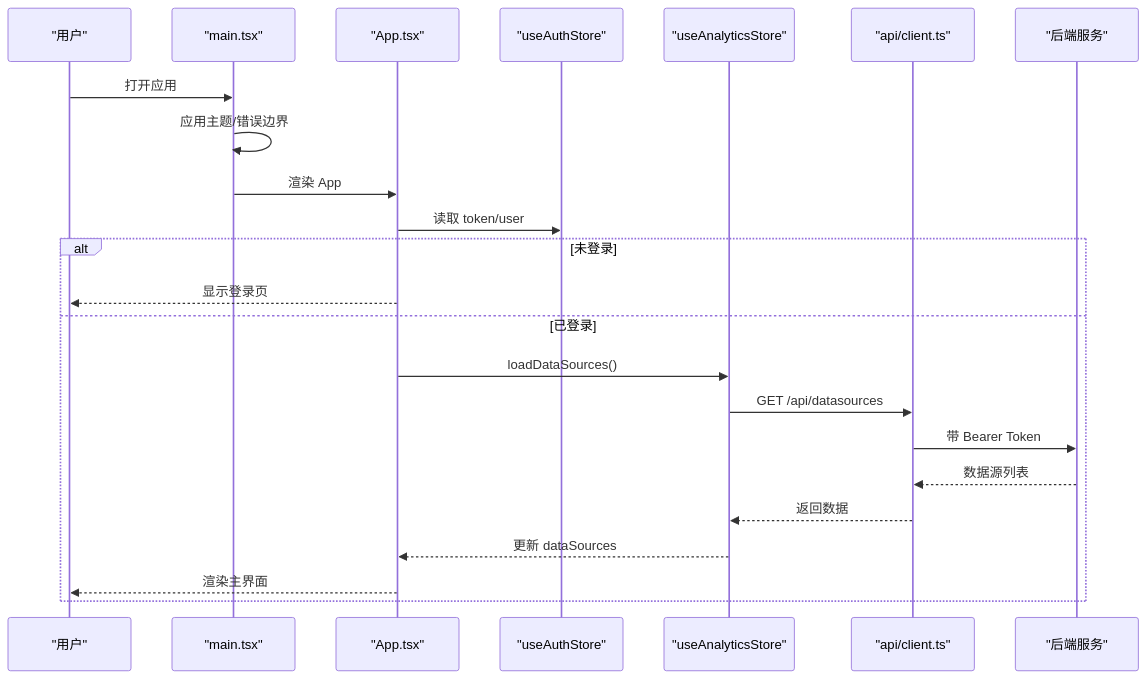
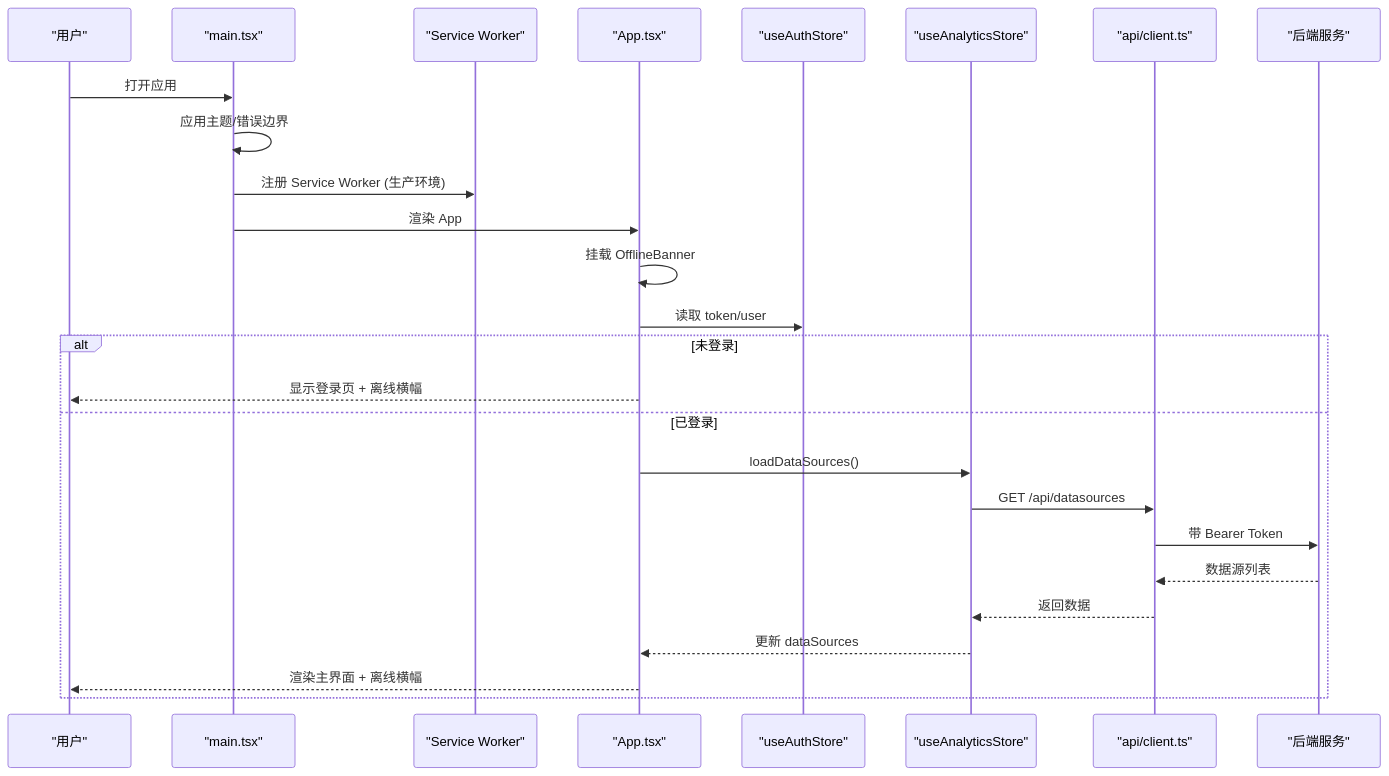
One commit to dgjin/smart-data-analytics changed the second of 9 diagrams in .qoder/repowiki/zh/content/前端应用/应用架构设计.md. Above: the diagram before and after it, drawn with Mermaid. The commit also changed other lines of this file and 146 other files, not shown here.

````diff
--- a/.qoder/repowiki/zh/content/前端应用/应用架构设计.md
+++ b/.qoder/repowiki/zh/content/前端应用/应用架构设计.md
@@ -99,25 +127,28 @@
 ```mermaid
 sequenceDiagram
 participant U as "用户"
 participant M as "main.tsx"
+participant SW as "Service Worker"
 participant A as "App.tsx"
 participant AS as "useAuthStore"
 participant ANS as "useAnalyticsStore"
 participant API as "api/client.ts"
 participant S as "后端服务"
 U->>M : 打开应用
 M->>M : 应用主题/错误边界
+M->>SW : 注册 Service Worker (生产环境)
 M->>A : 渲染 App
+A->>A : 挂载 OfflineBanner
 A->>AS : 读取 token/user
 alt 未登录
-A-->>U : 显示登录页
+A-->>U : 显示登录页 + 离线横幅
 else 已登录
 A->>ANS : loadDataSources()
 ANS->>API : GET /api/datasources
 API->>S : 带 Bearer Token
 S-->>API : 数据源列表
 API-->>ANS : 返回数据
 ANS-->>A : 更新 dataSources
-A-->>U : 渲染主界面
+A-->>U : 渲染主界面 + 离线横幅
 end
 ```
````
